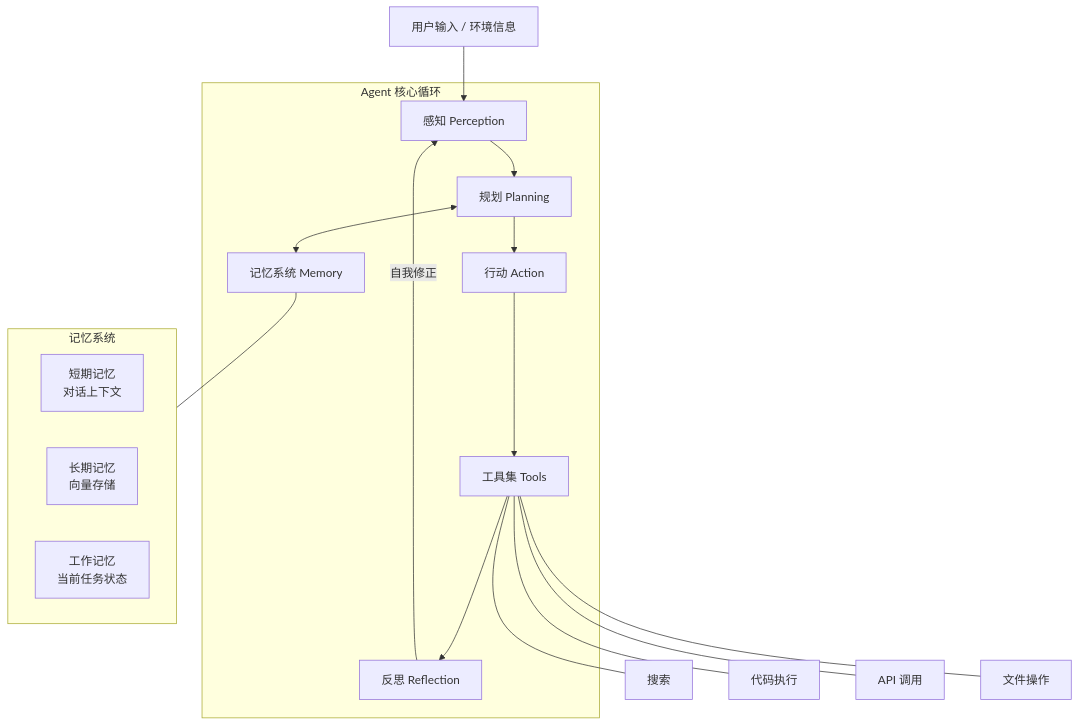
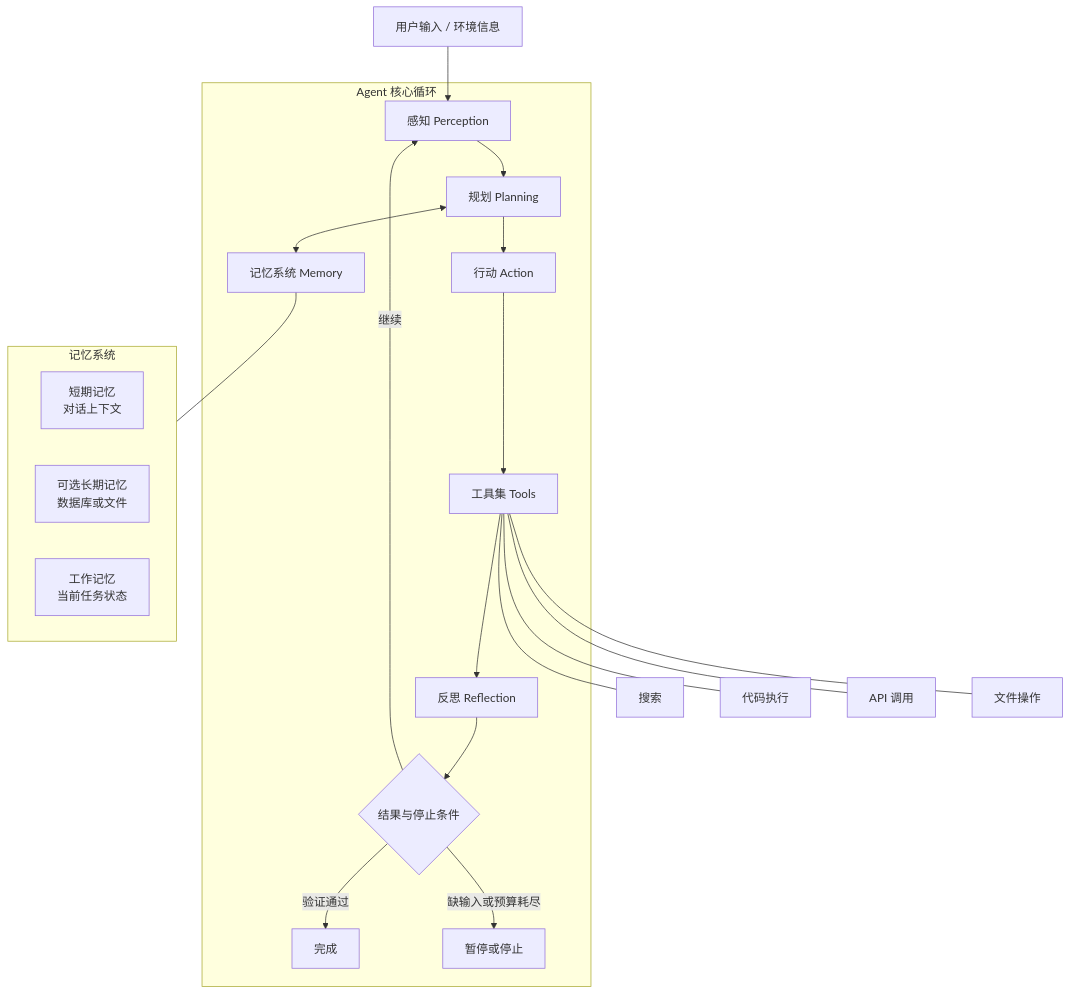
One commit to liukun2634/dev-interview-guide changed the diagram in docs/ai-technology/ai-agents.md. Above: the diagram before and after it, drawn with Mermaid. The commit also changed other lines of this file and 6 other files, not shown here.

````diff
--- a/docs/ai-technology/ai-agents.md
+++ b/docs/ai-technology/ai-agents.md
@@ -53,24 +71,27 @@
 ```mermaid
 graph TD
     subgraph Agent["Agent 核心循环"]
         A[感知 Perception] --> B[规划 Planning]
         B <--> M[记忆系统 Memory]
         B --> C[行动 Action]
         C --> T[工具集 Tools]
         T --> D[反思 Reflection]
-        D -->|自我修正| A
+        D --> E{结果与停止条件}
+        E -->|继续| A
+        E -->|验证通过| Done[完成]
+        E -->|缺输入或预算耗尽| Stop[暂停或停止]
     end
 
     Input["用户输入 / 环境信息"] --> A
     T --- T1[搜索]
     T --- T2[代码执行]
     T --- T3[API 调用]
     T --- T4[文件操作]
 
     subgraph Mem["记忆系统"]
         M1[短期记忆<br/>对话上下文]
-        M2[长期记忆<br/>向量存储]
+        M2[可选长期记忆<br/>数据库或文件]
         M3[工作记忆<br/>当前任务状态]
     end
     M --- Mem
 ```
````
